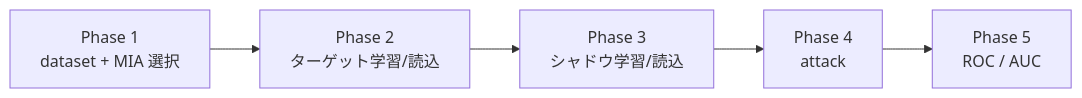
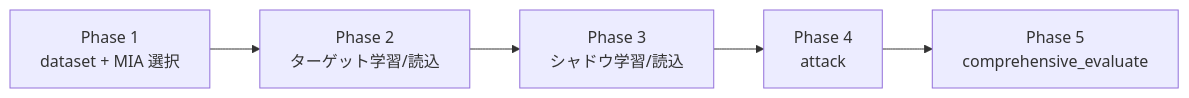
Before and after one commit to GoldenPoisonedApple/MIAOS: the third of 14 diagrams in worker/docs/SPECIFICATION.md, drawn with Mermaid. The commit also changed other lines of this file and 4 other files, not shown here.

````diff
--- a/worker/docs/SPECIFICATION.md
+++ b/worker/docs/SPECIFICATION.md
@@ -83,10 +83,10 @@
 ```mermaid
 flowchart LR
     P1["Phase 1<br/>dataset + MIA 選択"]
     P2["Phase 2<br/>ターゲット学習/読込"]
     P3["Phase 3<br/>シャドウ学習/読込"]
     P4["Phase 4<br/>attack"]
-    P5["Phase 5<br/>ROC / AUC"]
+    P5["Phase 5<br/>comprehensive_evaluate"]
 
     P1 --> P2 --> P3 --> P4 --> P5
 ```
````
